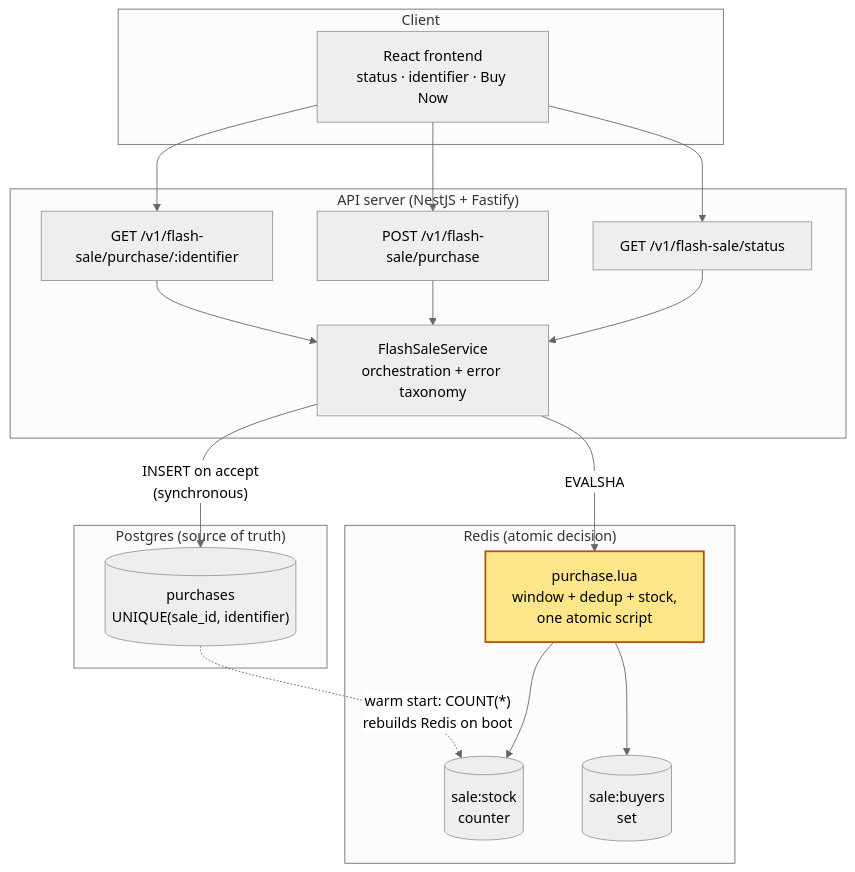
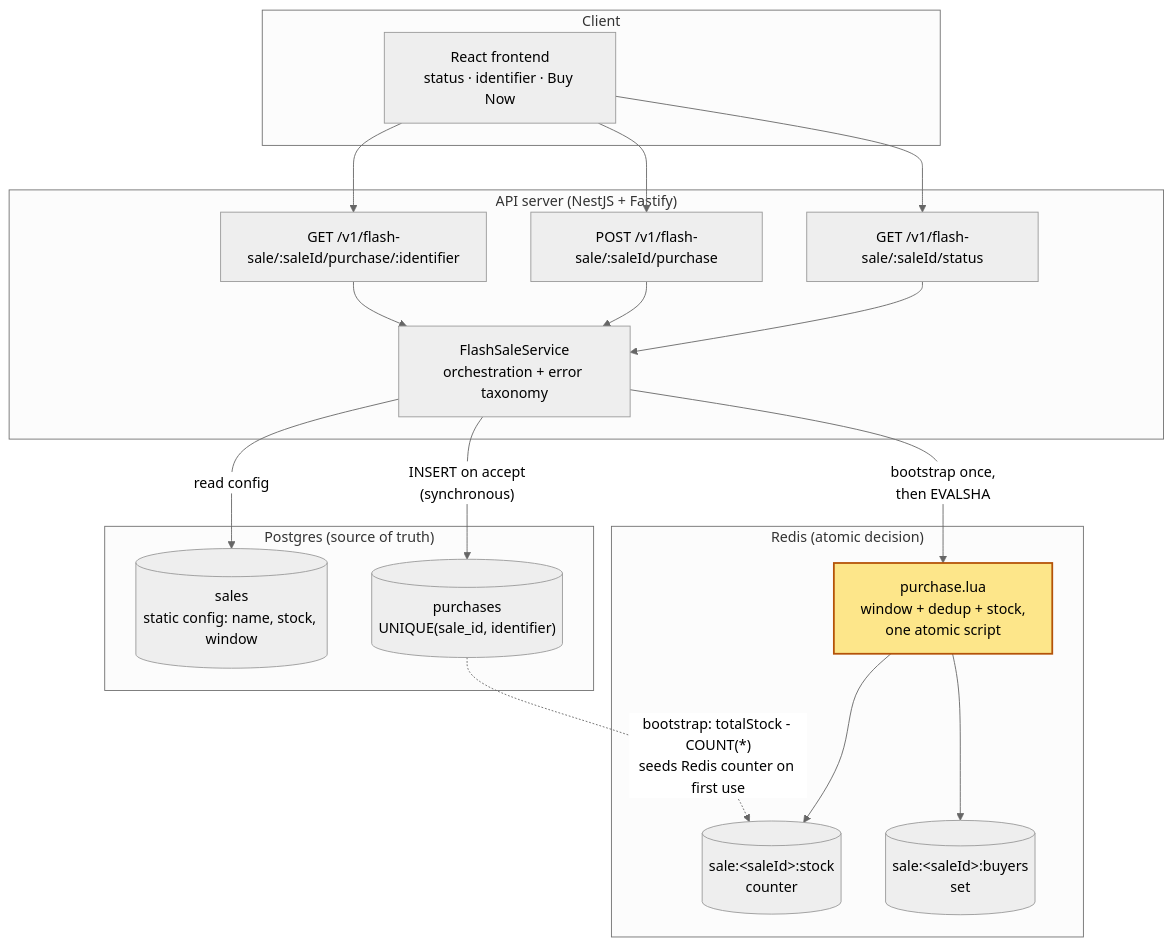
One commit to asrafmi/bookipi-technical-test changed the first of 2 diagrams in README.md. Above: the diagram before and after it, drawn with Mermaid (neutral theme). The commit also changed other lines of this file and 2 other files, not shown here.

Commit message:
feat: update environment configuration files for backend and frontend, adding Redis settings

````diff
--- a/README.md
+++ b/README.md
@@ -70,36 +84,38 @@
 ```mermaid
 graph TB
     subgraph Client
         FE["React frontend<br/>status · identifier · Buy Now"]
     end
 
     subgraph "API server (NestJS + Fastify)"
-        H1["GET /v1/flash-sale/status"]
-        H2["POST /v1/flash-sale/purchase"]
-        H3["GET /v1/flash-sale/purchase/:identifier"]
+        H1["GET /v1/flash-sale/:saleId/status"]
+        H2["POST /v1/flash-sale/:saleId/purchase"]
+        H3["GET /v1/flash-sale/:saleId/purchase/:identifier"]
         SVC["FlashSaleService<br/>orchestration + error taxonomy"]
     end
 
     subgraph "Redis (atomic decision)"
         LUA["purchase.lua<br/>window + dedup + stock,<br/>one atomic script"]
-        K1[("sale:stock<br/>counter")]
-        K2[("sale:buyers<br/>set")]
+        K1[("sale:&lt;saleId&gt;:stock<br/>counter")]
+        K2[("sale:&lt;saleId&gt;:buyers<br/>set")]
     end
 
     subgraph "Postgres (source of truth)"
+        T0[("sales<br/>static config: name, stock, window")]
         T1[("purchases<br/>UNIQUE(sale_id, identifier)")]
     end
 
     FE --> H1 & H2 & H3
     H1 --> SVC
     H2 --> SVC
     H3 --> SVC
-    SVC -->|EVALSHA| LUA
+    SVC -->|"read config"| T0
+    SVC -->|"bootstrap once,<br/>then EVALSHA"| LUA
     LUA --> K1
     LUA --> K2
     SVC -->|"INSERT on accept<br/>(synchronous)"| T1
-    T1 -.->|"warm start: COUNT(*)<br/>rebuilds Redis on boot"| K1
+    T1 -.->|"bootstrap: totalStock - COUNT(*)<br/>seeds Redis counter on first use"| K1
 
     classDef critical fill:#fde68a,stroke:#b45309,stroke-width:2px
     class LUA critical
 ```
````
